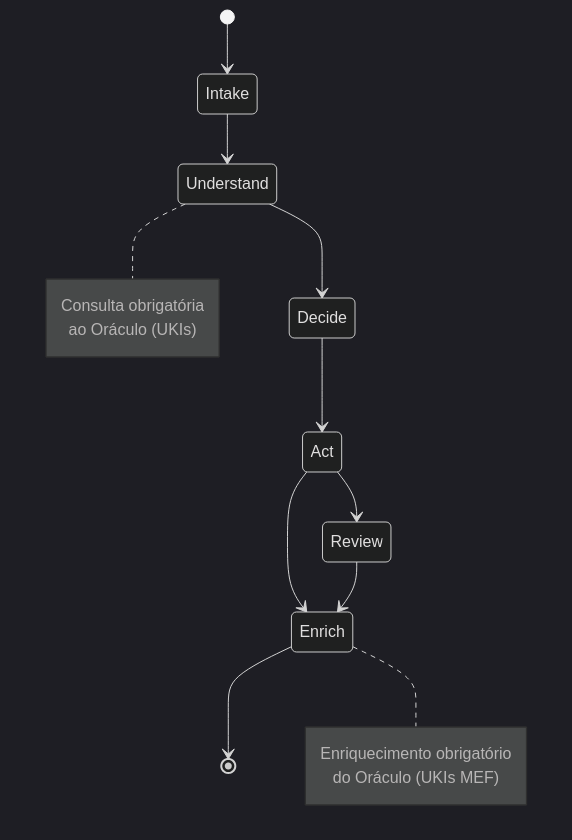
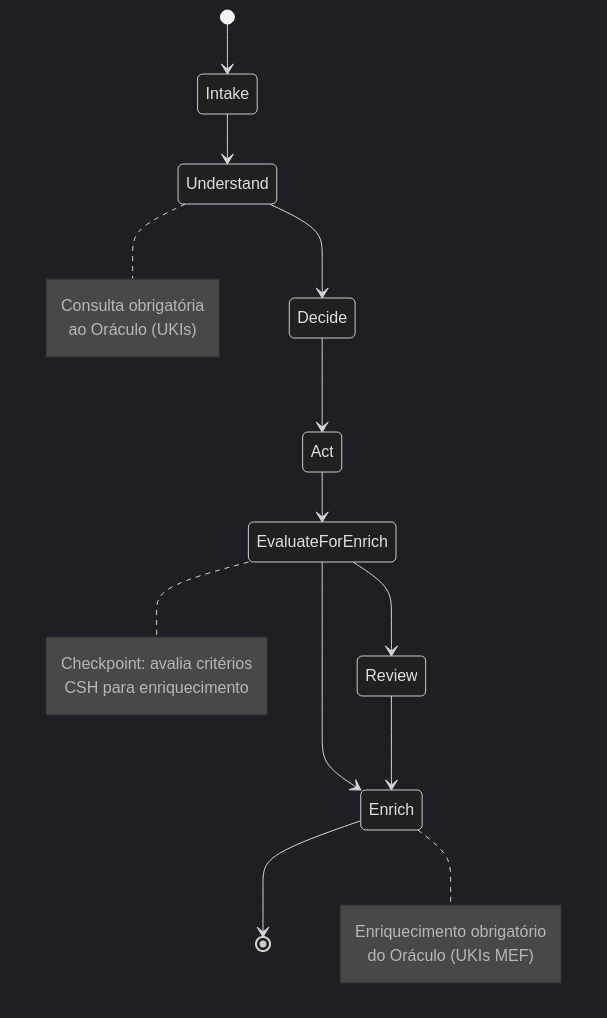
The first of 4 diagrams in MATRIX_PROTOCOL.md (netomantonio/matrix-protocol), drawn with Mermaid (dark theme) before and after one commit. The commit also changed other lines of this file and 4 other files, not shown here.

````diff
--- a/MATRIX_PROTOCOL.md
+++ b/MATRIX_PROTOCOL.md
@@ -146,21 +156,27 @@
 ```mermaid
 stateDiagram-v2
     [*] --> Intake
     Intake --> Understand
     Understand --> Decide  
     Decide --> Act
-    Act --> Review
-    Act --> Enrich
+    Act --> EvaluateForEnrich
+    EvaluateForEnrich --> Review
+    EvaluateForEnrich --> Enrich
     Review --> Enrich
     Enrich --> [*]
     
     note right of Understand
       Consulta obrigatória 
       ao Oráculo (UKIs)
     end note
     
+    note right of EvaluateForEnrich
+      Checkpoint: avalia critérios
+      CSH para enriquecimento
+    end note
+    
     note right of Enrich
       Enriquecimento obrigatório
       do Oráculo (UKIs MEF)
     end note
 ```
````
